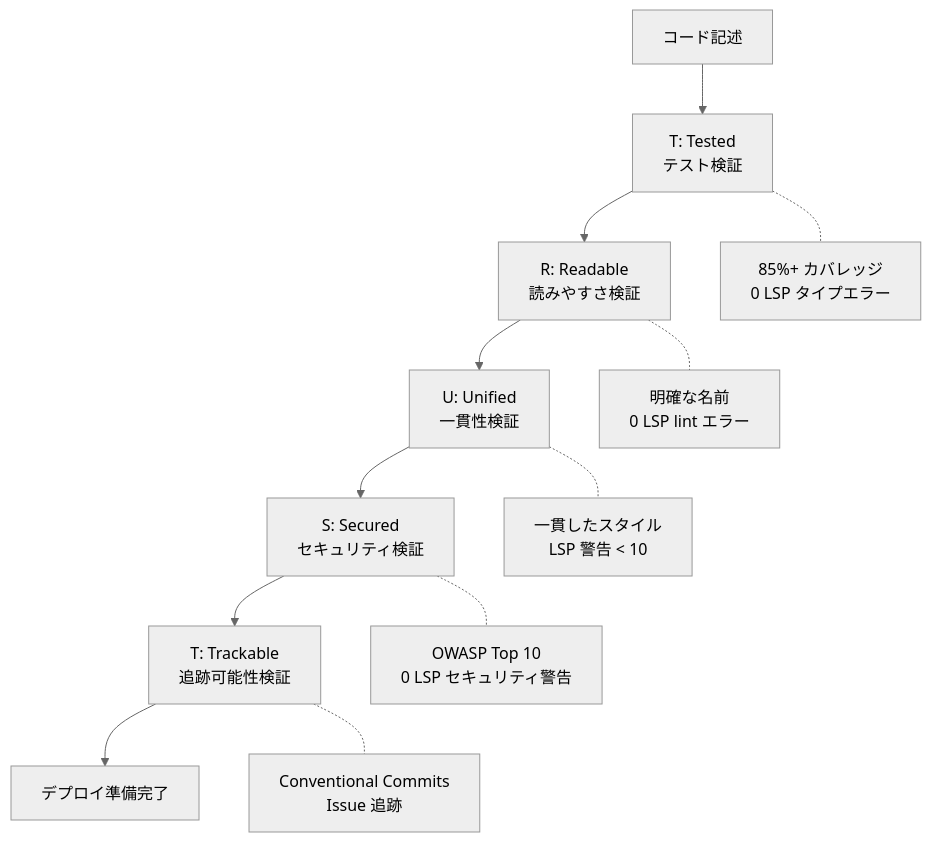
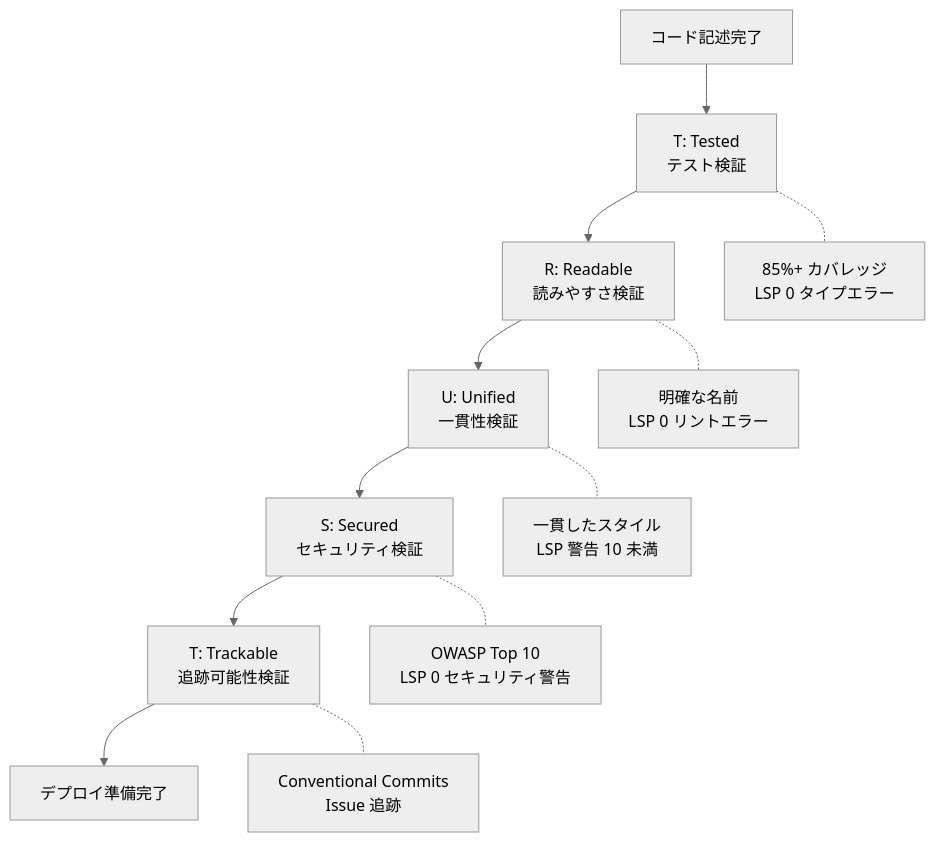
The first of 3 diagrams in docs-site/content/ja/core-concepts/trust-5.md (modu-ai/moai-adk), drawn with Mermaid (neutral theme) before and after one commit. The commit also changed other lines of this file and 4 other files, not shown here.

````diff
--- a/docs-site/content/ja/core-concepts/trust-5.md
+++ b/docs-site/content/ja/core-concepts/trust-5.md
@@ -27,15 +27,15 @@
 ```mermaid
 flowchart TD
-    Code["コード記述"] --> T1["T: Tested<br>テスト検証"]
+    Code["コード記述完了"] --> T1["T: Tested<br>テスト検証"]
     T1 --> R["R: Readable<br>読みやすさ検証"]
     R --> U["U: Unified<br>一貫性検証"]
     U --> S["S: Secured<br>セキュリティ検証"]
     S --> T2["T: Trackable<br>追跡可能性検証"]
     T2 --> Deploy["デプロイ準備完了"]
 
-    T1 -.- T1D["85%+ カバレッジ<br>0 LSP タイプエラー"]
-    R -.- RD["明確な名前<br>0 LSP lint エラー"]
-    U -.- UD["一貫したスタイル<br>LSP 警告 < 10"]
-    S -.- SD["OWASP Top 10<br>0 LSP セキュリティ警告"]
+    T1 -.- T1D["85%+ カバレッジ<br>LSP 0 タイプエラー"]
+    R -.- RD["明確な名前<br>LSP 0 リントエラー"]
+    U -.- UD["一貫したスタイル<br>LSP 警告 10 未満"]
+    S -.- SD["OWASP Top 10<br>LSP 0 セキュリティ警告"]
     T2 -.- T2D["Conventional Commits<br>Issue 追跡"]
 ```
````
